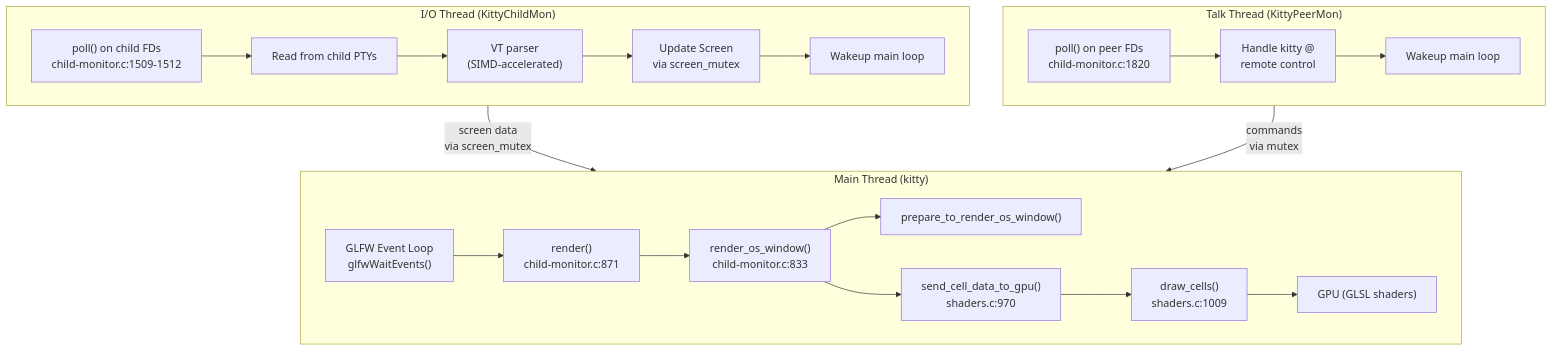
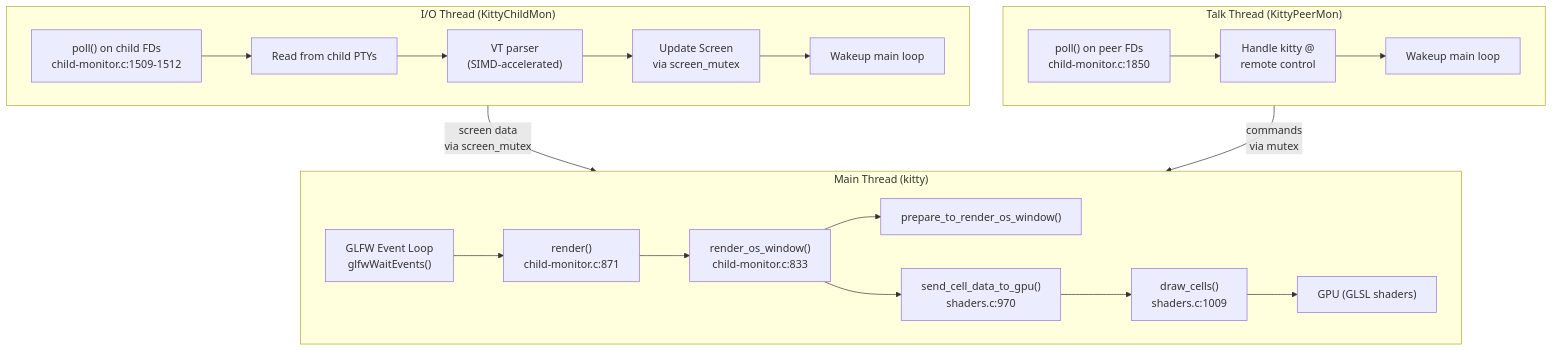
Before and after one commit to blitzy-research/kitty: the first of 3 diagrams in blitzy/documentation/kitty_815df1e210e0.md, drawn with Mermaid. The commit also changed other lines of this file, not shown here.

````diff
--- a/blitzy/documentation/kitty_815df1e210e0.md
+++ b/blitzy/documentation/kitty_815df1e210e0.md
@@ -229,26 +229,26 @@
 ```mermaid
 flowchart TD
     subgraph MainThread["Main Thread (kitty)"]
         GLFW["GLFW Event Loop<br/>glfwWaitEvents()"] --> Render["render()<br/>child-monitor.c:871"]
         Render --> ROW["render_os_window()<br/>child-monitor.c:833"]
         ROW --> PTRO["prepare_to_render_os_window()"]
         ROW --> SCRG["send_cell_data_to_gpu()<br/>shaders.c:970"]
         SCRG --> DrawCells["draw_cells()<br/>shaders.c:1009"]
         DrawCells --> GPU["GPU (GLSL shaders)"]
     end
 
     subgraph IOThread["I/O Thread (KittyChildMon)"]
         Poll["poll() on child FDs<br/>child-monitor.c:1509-1512"] --> ReadPTY["Read from child PTYs"]
         ReadPTY --> Parse["VT parser<br/>(SIMD-accelerated)"]
         Parse --> UpdateScreen["Update Screen<br/>via screen_mutex"]
         UpdateScreen --> WakeMain["Wakeup main loop"]
     end
 
     subgraph TalkThread["Talk Thread (KittyPeerMon)"]
-        PollPeer["poll() on peer FDs<br/>child-monitor.c:1820"] --> HandleRC["Handle kitty @<br/>remote control"]
+        PollPeer["poll() on peer FDs<br/>child-monitor.c:1850"] --> HandleRC["Handle kitty @<br/>remote control"]
         HandleRC --> WakeMain2["Wakeup main loop"]
     end
 
     IOThread -->|"screen data<br/>via screen_mutex"| MainThread
     TalkThread -->|"commands<br/>via mutex"| MainThread
 ```
````
